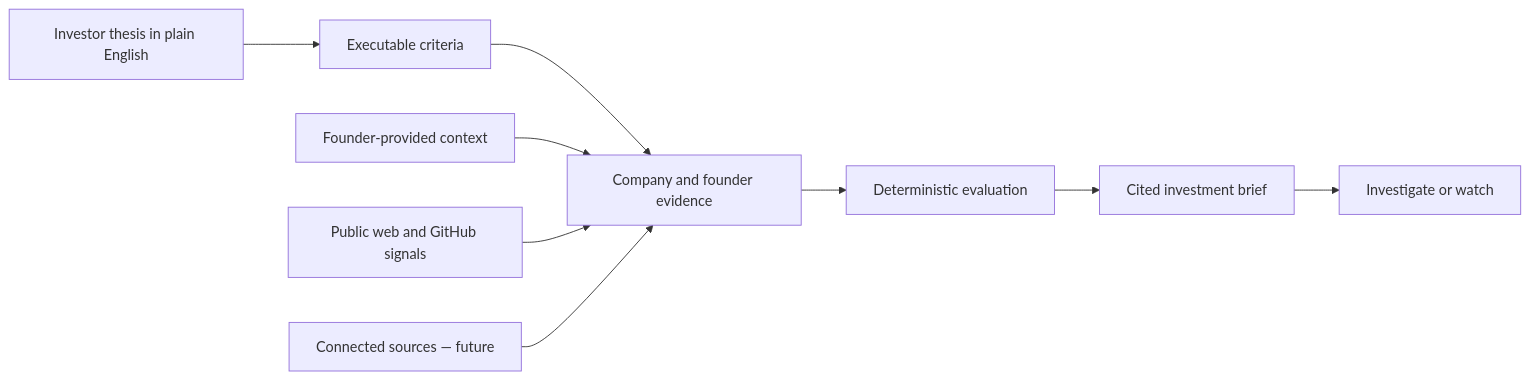
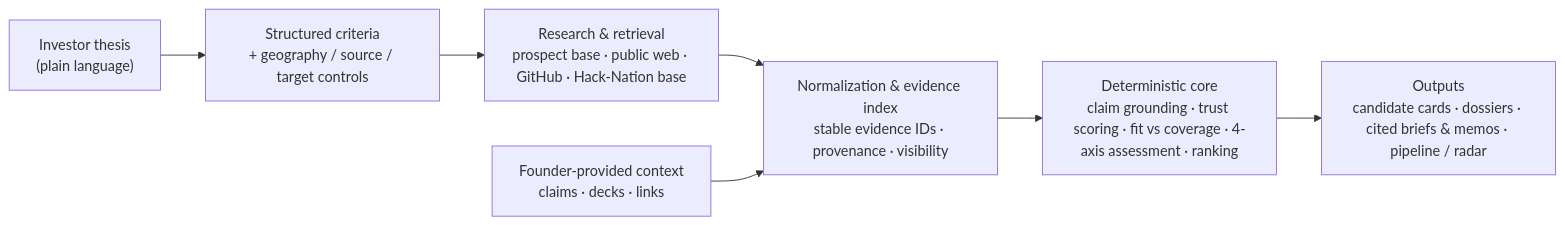
The diagram in README.md (NachoEstevo/hacknation-vc-track), drawn with Mermaid before and after one commit. The commit also changed other lines of this file and 23 other files, not shown here.

````diff
--- a/README.md
+++ b/README.md
@@ -59,11 +78,9 @@
 ```mermaid
 flowchart LR
-    A["Investor thesis in plain English"] --> B["Executable criteria"]
-    B --> C["Company and founder evidence"]
-    C --> D["Deterministic evaluation"]
-    D --> E["Cited investment brief"]
-    E --> F["Investigate or watch"]
-    G["Founder-provided context"] --> C
-    H["Public web and GitHub signals"] --> C
-    I["Connected sources — future"] --> C
+    A["Investor thesis<br/>(plain language)"] --> B["Structured criteria<br/>+ geography / source / target controls"]
+    B --> C["Research & retrieval<br/>prospect base · public web · GitHub · Hack-Nation base"]
+    C --> D["Normalization & evidence index<br/>stable evidence IDs · provenance · visibility"]
+    D --> E["Deterministic core<br/>claim grounding · trust scoring · fit vs coverage · 4-axis assessment · ranking"]
+    E --> F["Outputs<br/>candidate cards · dossiers · cited briefs & memos · pipeline / radar"]
+    G["Founder-provided context<br/>claims · decks · links"] --> D
 ```
````
